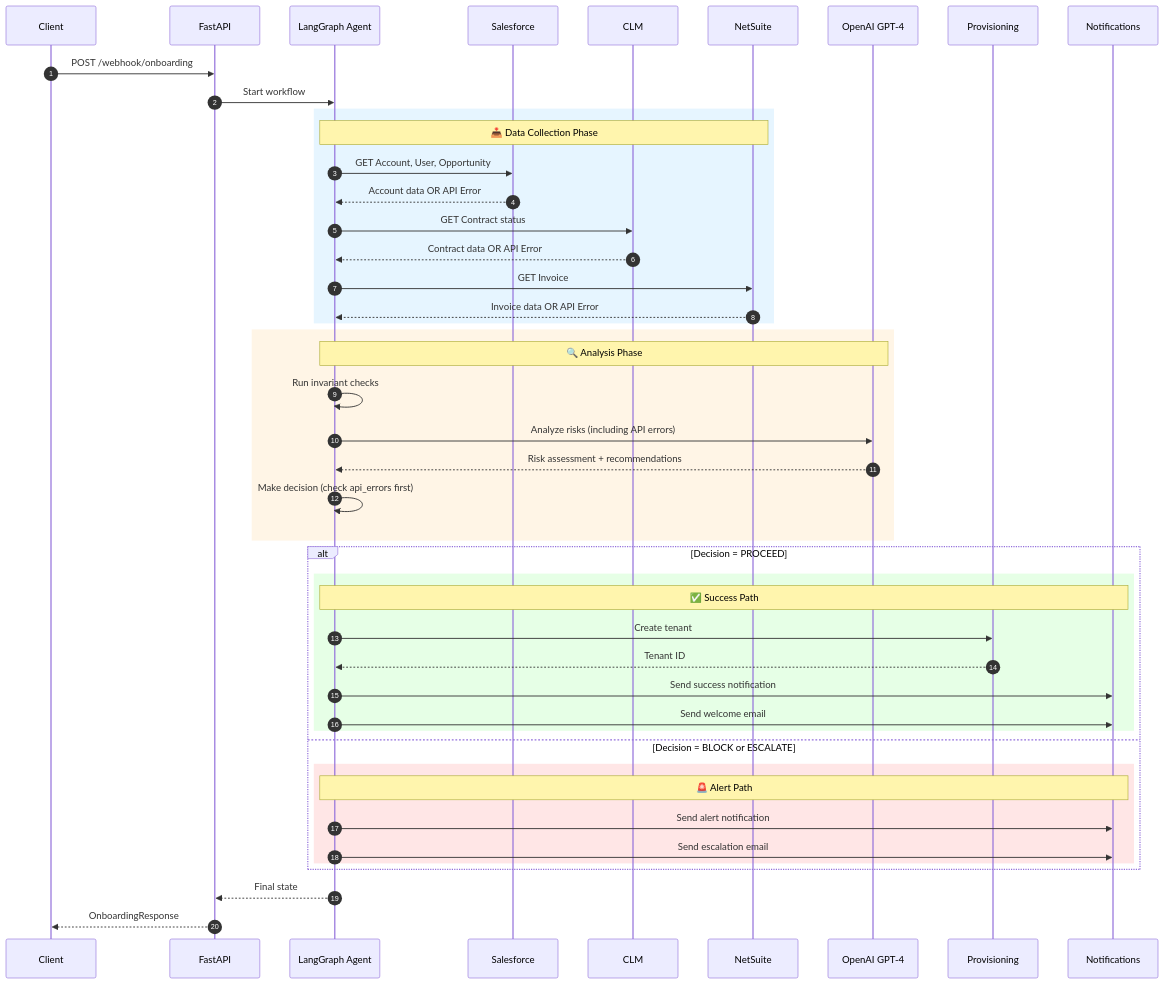
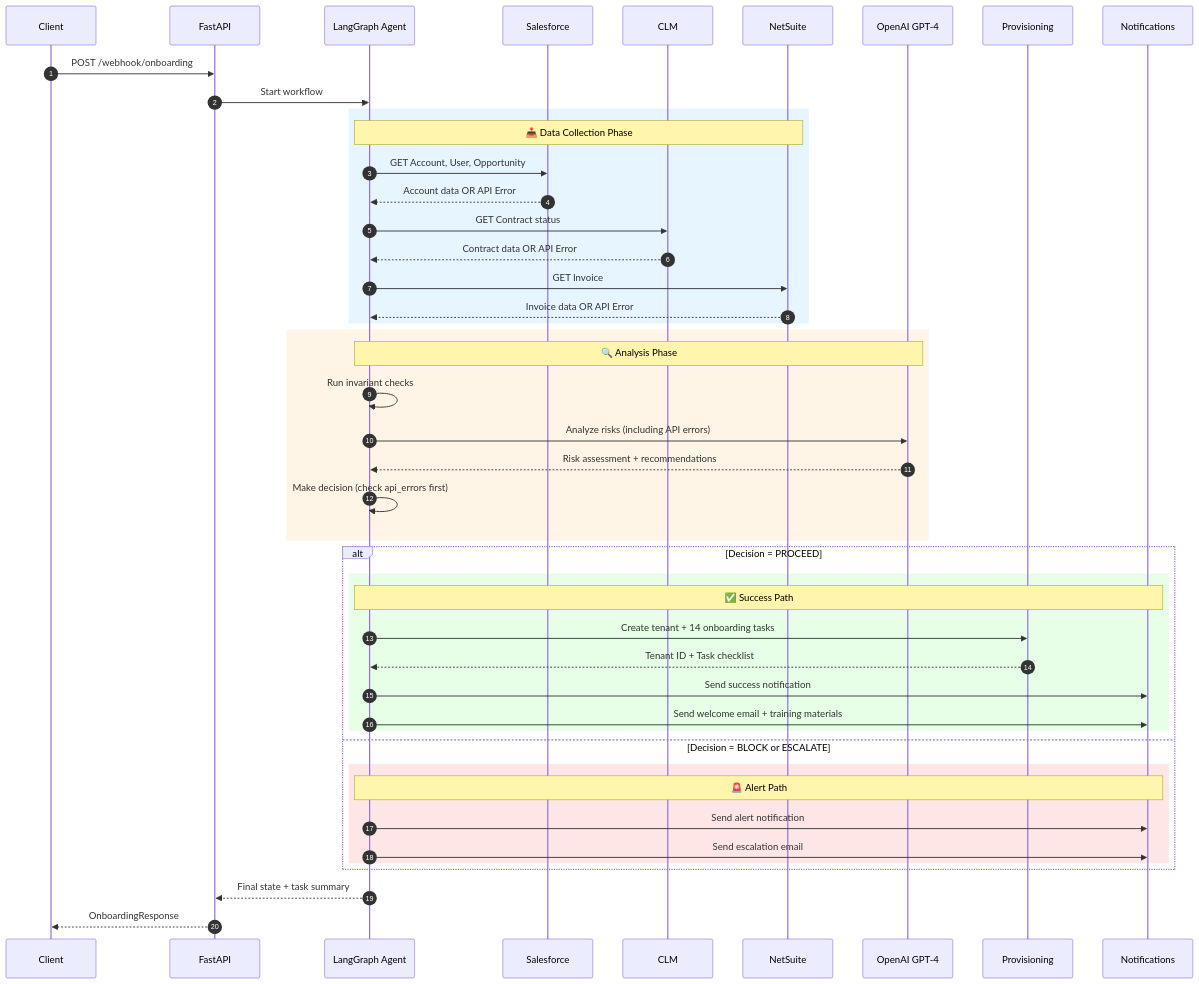
Before and after one commit to alyab16/Enterprise-Agents-Solutions-Case-Study: the second of 17 diagrams in docs/SOLUTION_DESIGN.md, drawn with Mermaid. The commit also changed other lines of this file and 2 other files, not shown here.

````diff
--- a/docs/SOLUTION_DESIGN.md
+++ b/docs/SOLUTION_DESIGN.md
@@ -118,53 +120,53 @@
 ```mermaid
 sequenceDiagram
     autonumber
     participant Client
     participant API as FastAPI
     participant Agent as LangGraph Agent
     participant SF as Salesforce
     participant CLM as CLM
     participant NS as NetSuite
     participant LLM as OpenAI GPT-4
     participant Prov as Provisioning
     participant Notify as Notifications
 
     Client->>API: POST /webhook/onboarding
     API->>Agent: Start workflow
     
     rect rgb(230, 245, 255)
         Note over Agent,NS: 📥 Data Collection Phase
         Agent->>SF: GET Account, User, Opportunity
         SF-->>Agent: Account data OR API Error
         Agent->>CLM: GET Contract status
         CLM-->>Agent: Contract data OR API Error
         Agent->>NS: GET Invoice
         NS-->>Agent: Invoice data OR API Error
     end
     
     rect rgb(255, 245, 230)
         Note over Agent,LLM: 🔍 Analysis Phase
         Agent->>Agent: Run invariant checks
         Agent->>LLM: Analyze risks (including API errors)
         LLM-->>Agent: Risk assessment + recommendations
         Agent->>Agent: Make decision (check api_errors first)
     end
     
     alt Decision = PROCEED
         rect rgb(230, 255, 230)
             Note over Agent,Notify: ✅ Success Path
-            Agent->>Prov: Create tenant
-            Prov-->>Agent: Tenant ID
+            Agent->>Prov: Create tenant + 14 onboarding tasks
+            Prov-->>Agent: Tenant ID + Task checklist
             Agent->>Notify: Send success notification
-            Agent->>Notify: Send welcome email
+            Agent->>Notify: Send welcome email + training materials
         end
     else Decision = BLOCK or ESCALATE
         rect rgb(255, 230, 230)
             Note over Agent,Notify: 🚨 Alert Path
             Agent->>Notify: Send alert notification
             Agent->>Notify: Send escalation email
         end
     end
     
-    Agent-->>API: Final state
+    Agent-->>API: Final state + task summary
     API-->>Client: OnboardingResponse
 ```
````
